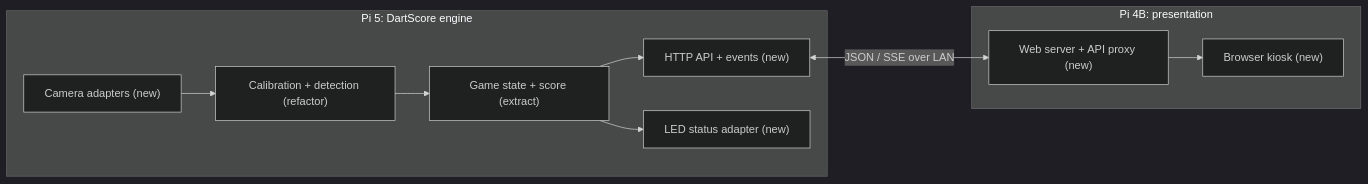
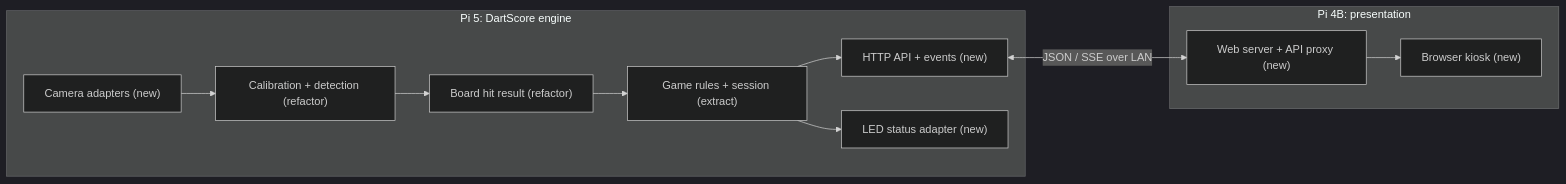
The diagram in Docs/two-pi-architecture.md (teddycool/DartScore), drawn with Mermaid (dark theme) before and after one commit. The commit also changed other lines of this file, not shown here.

Commit message:
Separate board-hit detection from game rules and UI interaction

````diff
--- a/Docs/two-pi-architecture.md
+++ b/Docs/two-pi-architecture.md
@@ -13,13 +13,14 @@
 ```mermaid
 flowchart LR
   subgraph E["Pi 5: DartScore engine"]
     C["Camera adapters (new)"] --> V["Calibration + detection (refactor)"]
-    V --> G["Game state + score (extract)"]
+    V --> H["Board hit result (refactor)"]
+    H --> G["Game rules + session (extract)"]
     G --> A["HTTP API + events (new)"]
     G --> L["LED status adapter (new)"]
   end
   subgraph P["Pi 4B: presentation"]
     W["Web server + API proxy (new)"] --> B["Browser kiosk (new)"]
   end
   A <-->|"JSON / SSE over LAN"| W
 ```
````
